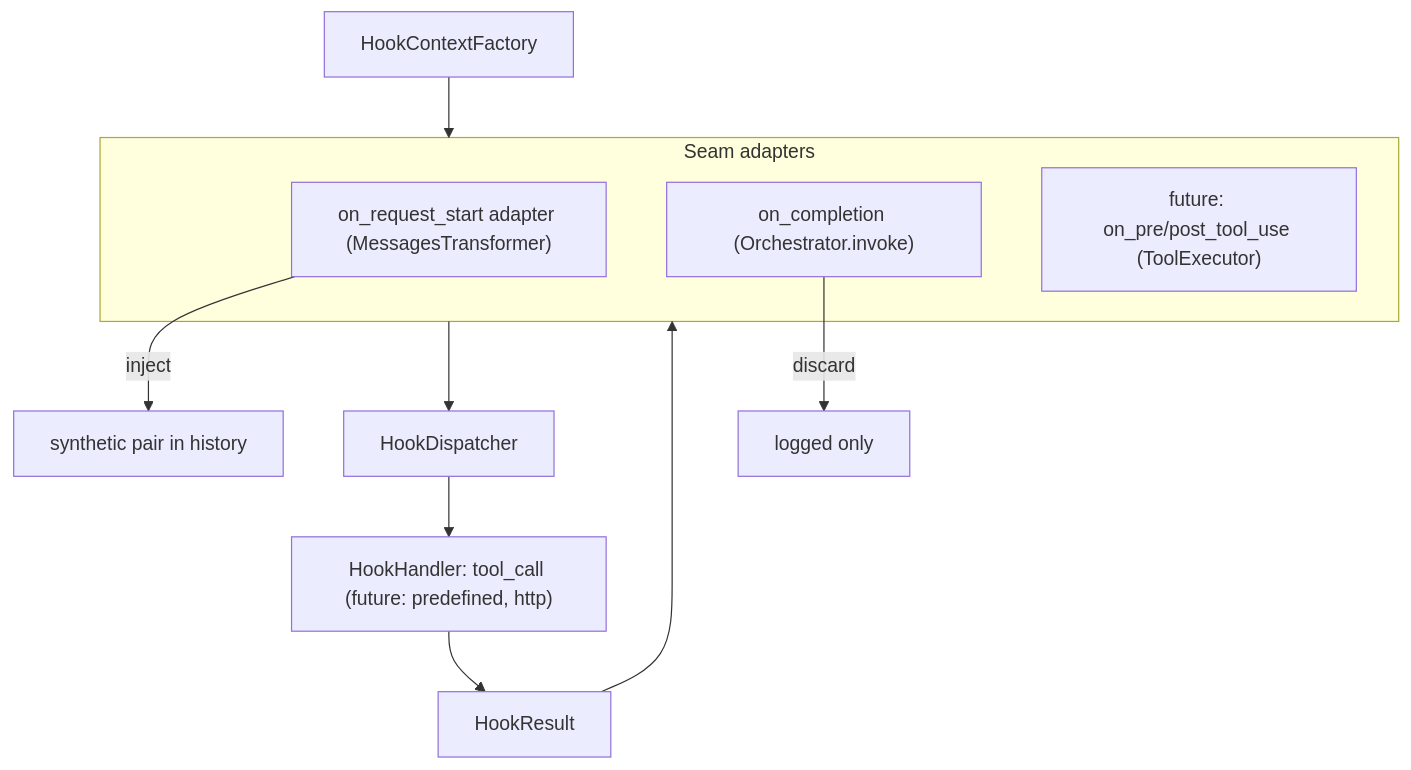
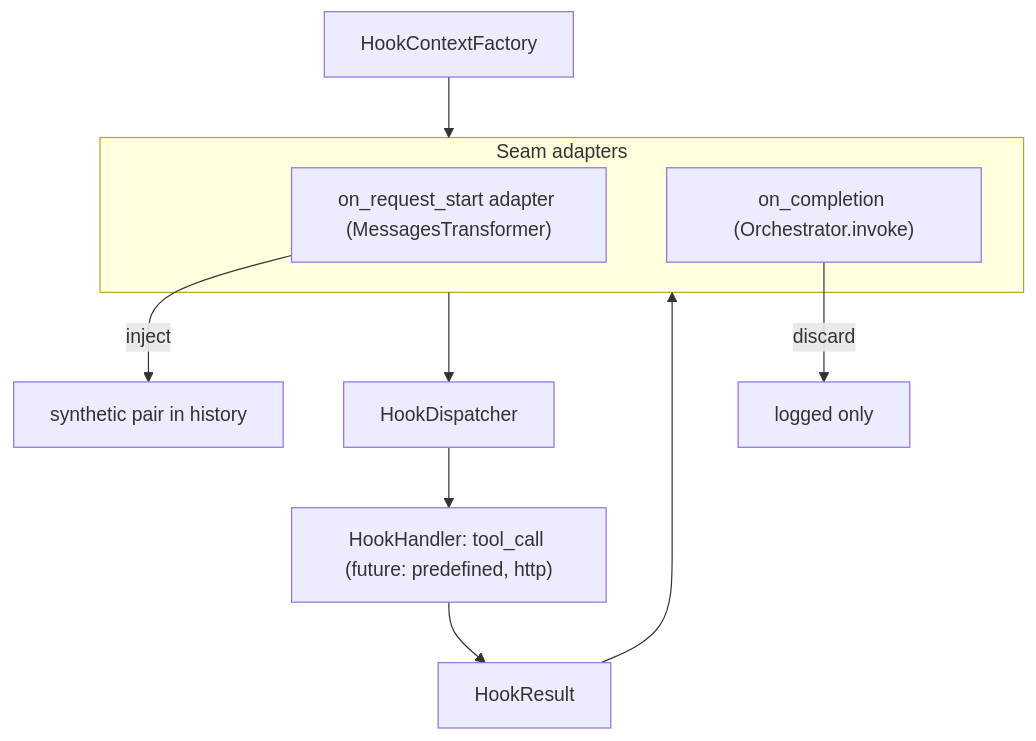
The diagram in docs/designs/hook_context_and_lifecycle_events.md (epam/ai-dial-quickapps-backend), drawn with Mermaid before and after one commit. The commit also changed other lines of this file, not shown here.

````diff
--- a/docs/designs/hook_context_and_lifecycle_events.md
+++ b/docs/designs/hook_context_and_lifecycle_events.md
@@ -121,15 +121,14 @@
 ```mermaid
 flowchart TD
     subgraph seams [Seam adapters]
         reqStart["on_request_start adapter (MessagesTransformer)"]
         completion["on_completion (Orchestrator.invoke)"]
-        toolSeam["future: on_pre/post_tool_use (ToolExecutor)"]
     end
     factory["HookContextFactory"] --> seams
     seams --> dispatcher["HookDispatcher"]
     dispatcher --> handlers["HookHandler: tool_call (future: predefined, http)"]
     handlers --> result["HookResult"]
     result --> seams
     reqStart -->|inject| history["synthetic pair in history"]
     completion -->|discard| logOnly["logged only"]
 ```
````
